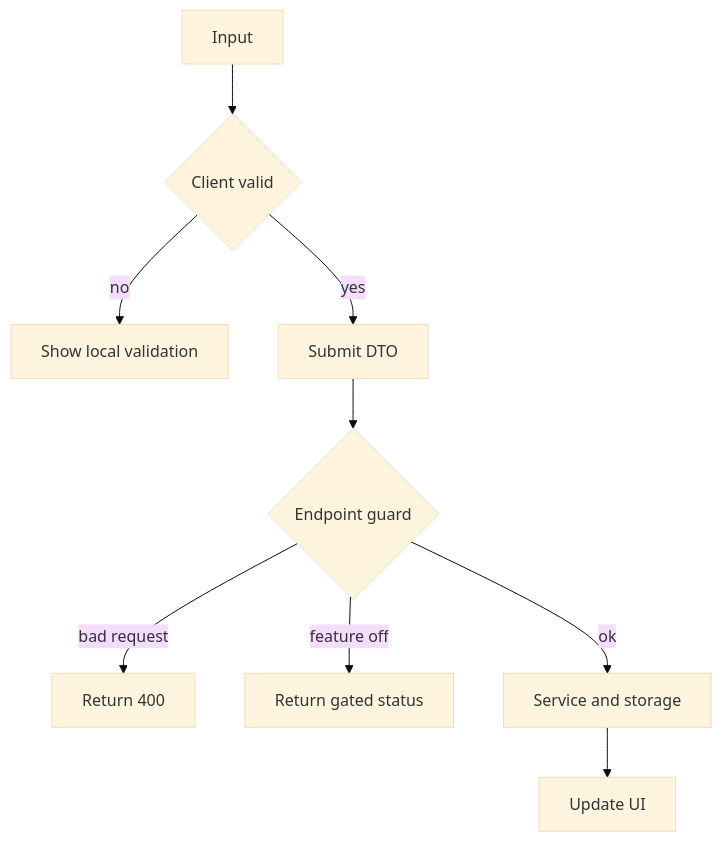
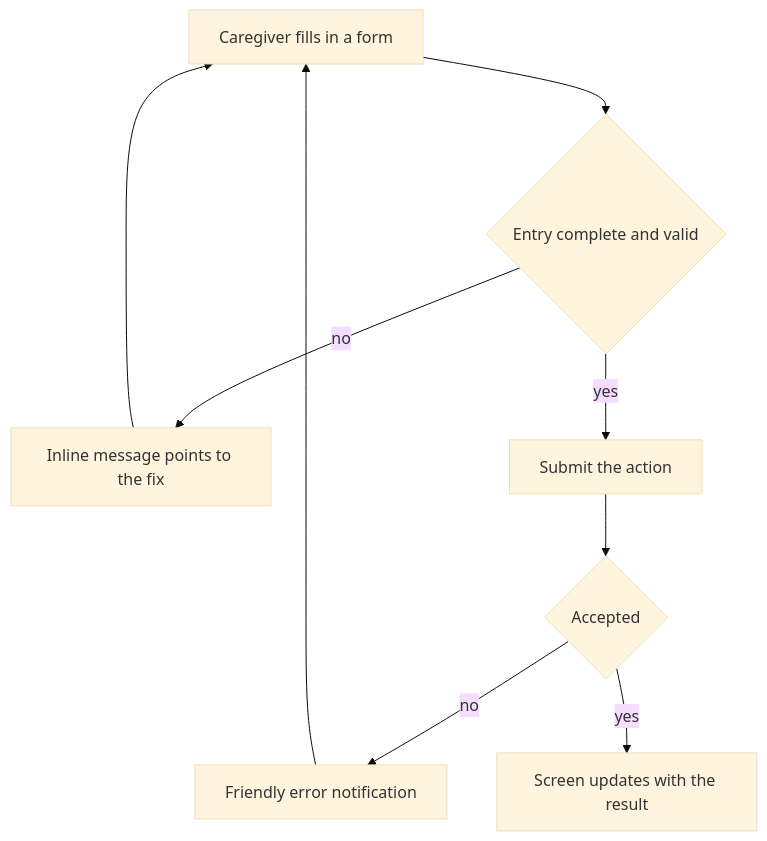
The diagram in docs/Flow_Validation_Failures_simplified.mmd (punkouter26/PoWatch), drawn with Mermaid (base theme) before and after one commit. The commit also changed 90 other files, not shown here.

```diff
--- a/docs/Flow_Validation_Failures_simplified.mmd
+++ b/docs/Flow_Validation_Failures_simplified.mmd
@@ -1,9 +1,9 @@
 graph TD
-    A["Input"] --> B{"Client valid"}
-    B -- "no" --> C["Show local validation"]
-    B -- "yes" --> D["Submit DTO"]
-    D --> E{"Endpoint guard"}
-    E -- "bad request" --> F["Return 400"]
-    E -- "feature off" --> G["Return gated status"]
-    E -- "ok" --> H["Service and storage"]
-    H --> I["Update UI"]
+    A["Caregiver fills in a form"] --> B{"Entry complete and valid"}
+    B -- "no" --> C["Inline message points to the fix"]
+    C --> A
+    B -- "yes" --> D["Submit the action"]
+    D --> E{"Accepted"}
+    E -- "no" --> F["Friendly error notification"]
+    E -- "yes" --> G["Screen updates with the result"]
+    F --> A
```
